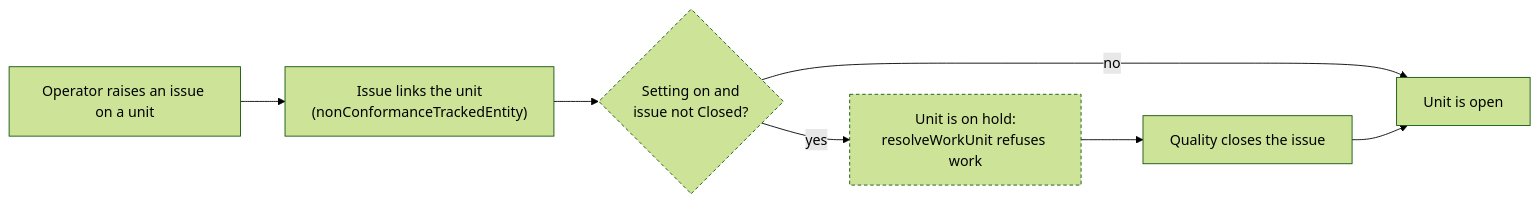
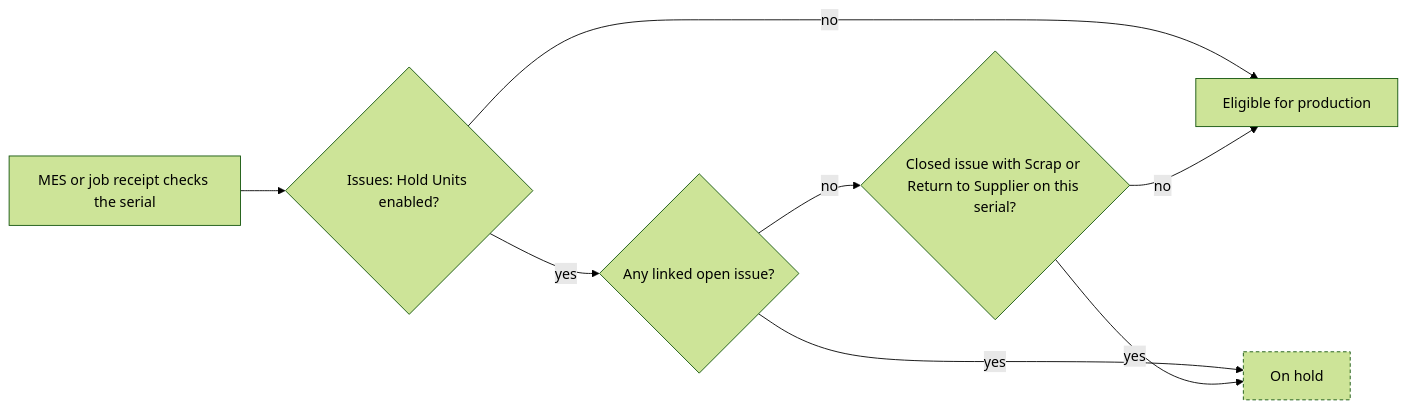
One commit to crbnos/carbon changed the diagram in .ai/specs/implemented/2026-11-23-unit-quality-hold.md. Above: the diagram before and after it, drawn with Mermaid (forest theme). The commit also changed other lines of this file and 48 other files, not shown here.

Commit message:
fix(quality): keep rejected serials out of production and job receipts

````diff
--- a/.ai/specs/implemented/2026-11-23-unit-quality-hold.md
+++ b/.ai/specs/implemented/2026-11-23-unit-quality-hold.md
@@ -16,9 +16,11 @@
 ```mermaid
 flowchart LR
-    A["Operator raises an issue on a unit"] --> B["Issue links the unit\n(nonConformanceTrackedEntity)"]
-    B --> C{"Setting on and\nissue not Closed?"}:::new
-    C -- yes --> D["Unit is on hold:\nresolveWorkUnit refuses work"]:::new
-    C -- no --> E["Unit is open"]
-    D --> F["Quality closes the issue"] --> E
+    A["MES or job receipt checks the serial"] --> B{"Issues: Hold Units enabled?"}
+    B -- no --> E["Eligible for production"]
+    B -- yes --> C{"Any linked open issue?"}
+    C -- yes --> D["On hold"]:::new
+    C -- no --> F{"Closed issue with Scrap or Return to Supplier on this serial?"}
+    F -- yes --> D
+    F -- no --> E
     classDef new stroke-dasharray:4 3
 ```
````
